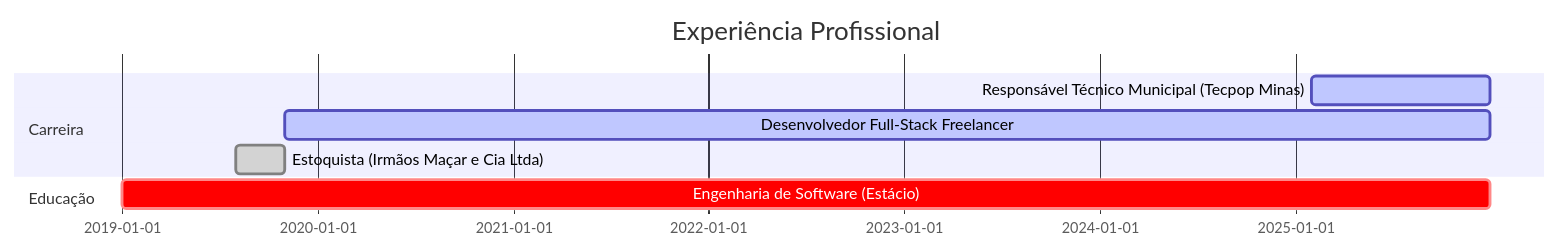
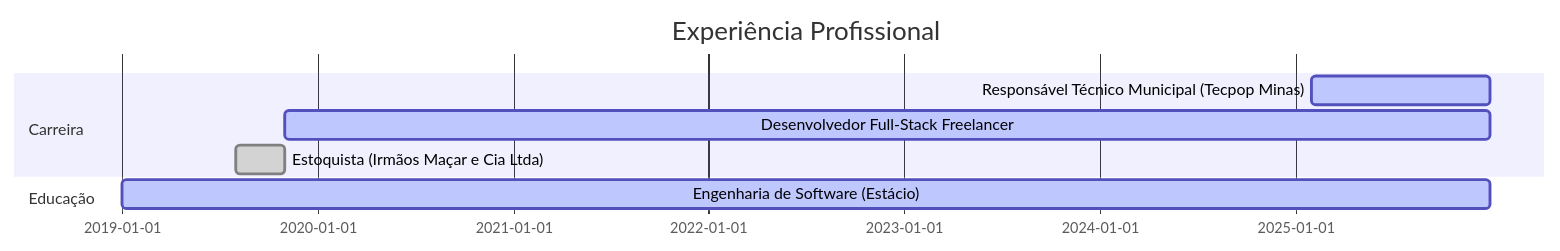
The second of 4 diagrams in README.md (AlesonPungirum/AlesonPungirum), drawn with Mermaid before and after one commit.

````diff
--- a/README.md
+++ b/README.md
@@ -135,14 +135,14 @@
 ```mermaid
 gantt
     title Experiência Profissional
     dateFormat  YYYY-MM-DD
 
     section Carreira
     Responsável Técnico Municipal (Tecpop Minas)  :active, 2025-02-01, 2025-12-31
     Desenvolvedor Full-Stack Freelancer           :active, 2019-11-01, 2025-12-31
     Estoquista (Irmãos Maçar e Cia Ltda)          :done, 2019-08-01, 2019-10-31
 
     section Educação
-    Engenharia de Software (Estácio)              :crit, 2019-01-01, 2025-12-31
+    Engenharia de Software (Estácio)              :active, 2019-01-01, 2025-12-31
 
 ```
````
